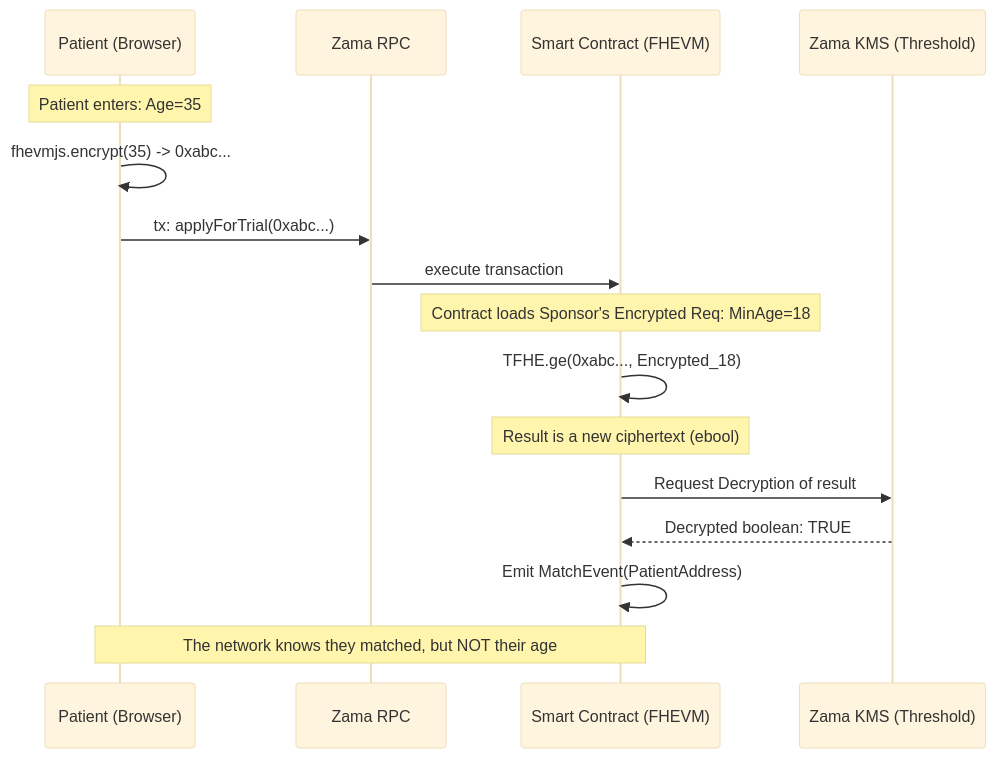
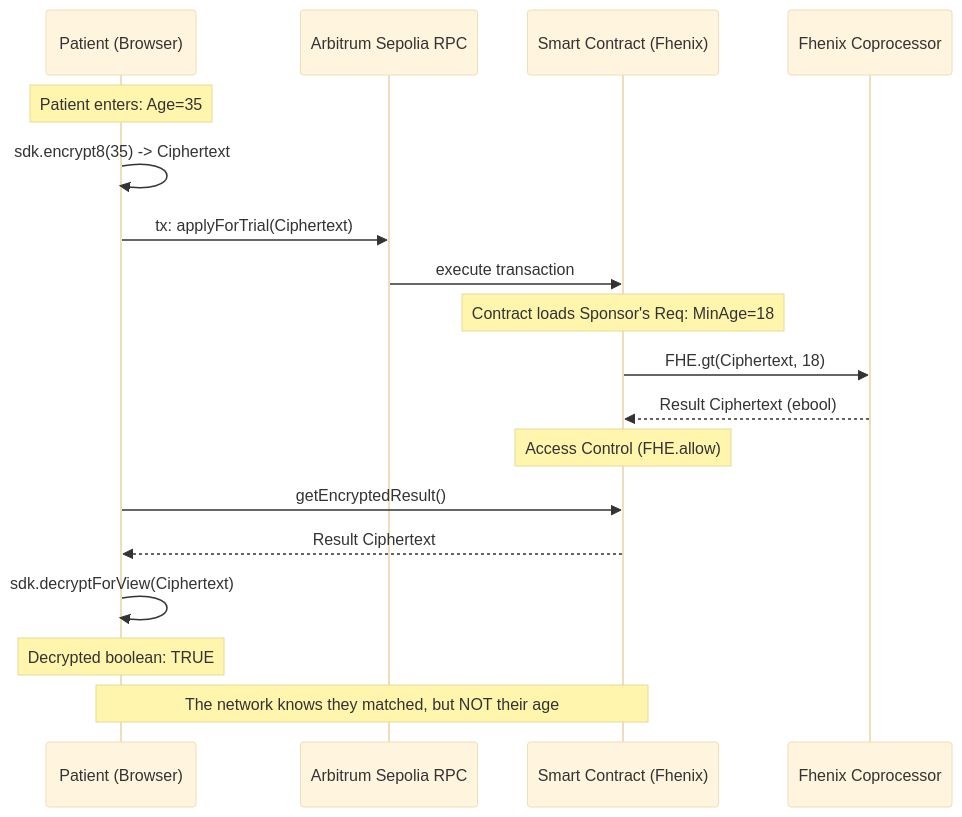
One commit to shery8595/Medvault changed the third of 6 diagrams in README.md. Above: the diagram before and after it, drawn with Mermaid (base theme). The commit also changed other lines of this file and 104 other files, not shown here.

````diff
--- a/README.md
+++ b/README.md
@@ -97,19 +97,21 @@
 ```mermaid
 sequenceDiagram
     participant P as Patient (Browser)
-    participant RPC as Zama RPC
-    participant SC as Smart Contract (FHEVM)
-    participant KMS as Zama KMS (Threshold)
+    participant RPC as Arbitrum Sepolia RPC
+    participant SC as Smart Contract (Fhenix)
+    participant CO as Fhenix Coprocessor
     
     Note over P: Patient enters: Age=35
-    P->>P: fhevmjs.encrypt(35) -> 0xabc...
-    P->>RPC: tx: applyForTrial(0xabc...)
+    P->>P: sdk.encrypt8(35) -> Ciphertext
+    P->>RPC: tx: applyForTrial(Ciphertext)
     RPC->>SC: execute transaction
-    Note over SC: Contract loads Sponsor's Encrypted Req: MinAge=18
-    SC->>SC: TFHE.ge(0xabc..., Encrypted_18)
-    Note over SC: Result is a new ciphertext (ebool)
-    SC->>KMS: Request Decryption of result
-    KMS-->>SC: Decrypted boolean: TRUE
-    SC->>SC: Emit MatchEvent(PatientAddress)
+    Note over SC: Contract loads Sponsor's Req: MinAge=18
+    SC->>CO: FHE.gt(Ciphertext, 18)
+    CO-->>SC: Result Ciphertext (ebool)
+    Note over SC: Access Control (FHE.allow)
+    P->>SC: getEncryptedResult()
+    SC-->>P: Result Ciphertext
+    P->>P: sdk.decryptForView(Ciphertext)
+    Note over P: Decrypted boolean: TRUE
     Note over SC,P: The network knows they matched, but NOT their age
 ```
````
